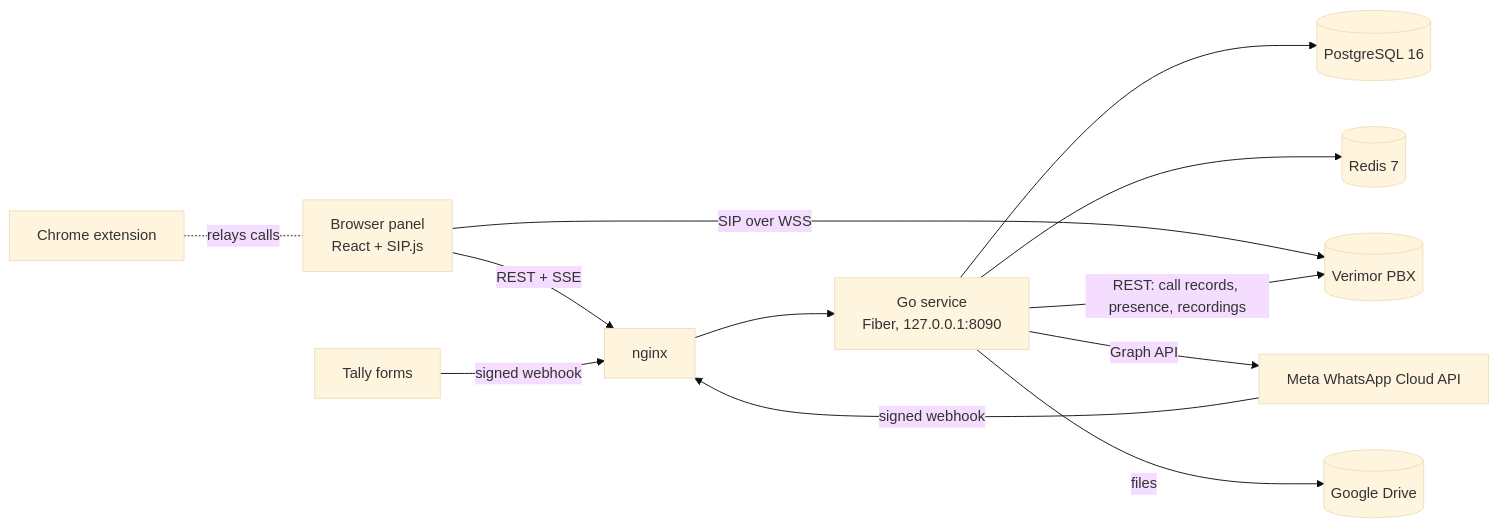
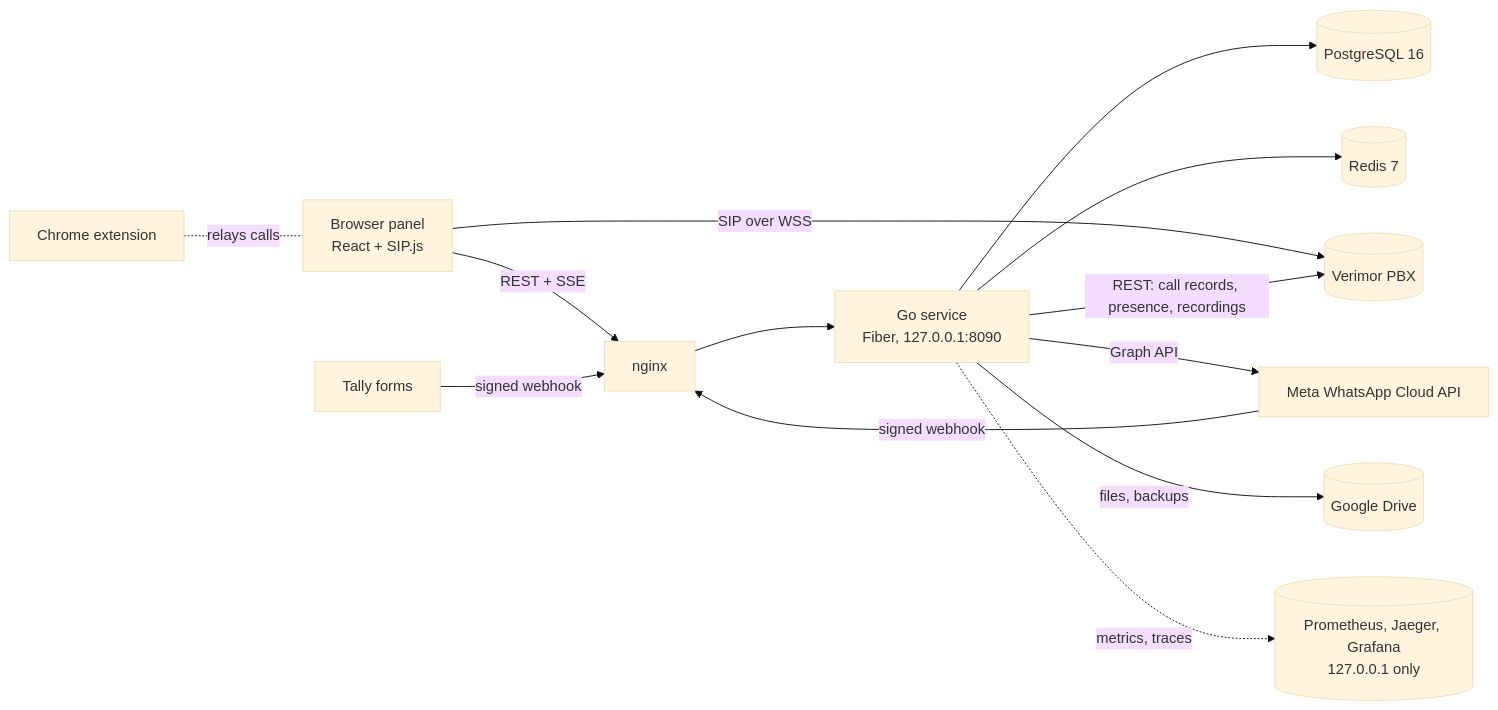
One commit to toprakgureli/santral-c changed the diagram in DESIGN.md. Above: the diagram before and after it, drawn with Mermaid (base theme). The commit also changed other lines of this file and 4 other files, not shown here.

Commit message:
Docs: weekly sessions, backups to Drive, monitoring, safe deploys, tests

````diff
--- a/DESIGN.md
+++ b/DESIGN.md
@@ -16,14 +16,15 @@
 ```mermaid
 flowchart LR
   A[Browser panel<br/>React + SIP.js] -- REST + SSE --> N[nginx]
   X[Chrome extension] -. relays calls .- A
   N --> B[Go service<br/>Fiber, 127.0.0.1:8090]
   A -- SIP over WSS --> P[(Verimor PBX)]
   B --> D[(PostgreSQL 16)]
   B --> R[(Redis 7)]
   B -- REST: call records, presence, recordings --> P
   M[Meta WhatsApp Cloud API] -- signed webhook --> N
   B -- Graph API --> M
-  B -- files --> G[(Google Drive)]
+  B -- files, backups --> G[(Google Drive)]
   T[Tally forms] -- signed webhook --> N
+  B -. metrics, traces .-> O[(Prometheus, Jaeger, Grafana<br/>127.0.0.1 only)]
 ```
````
